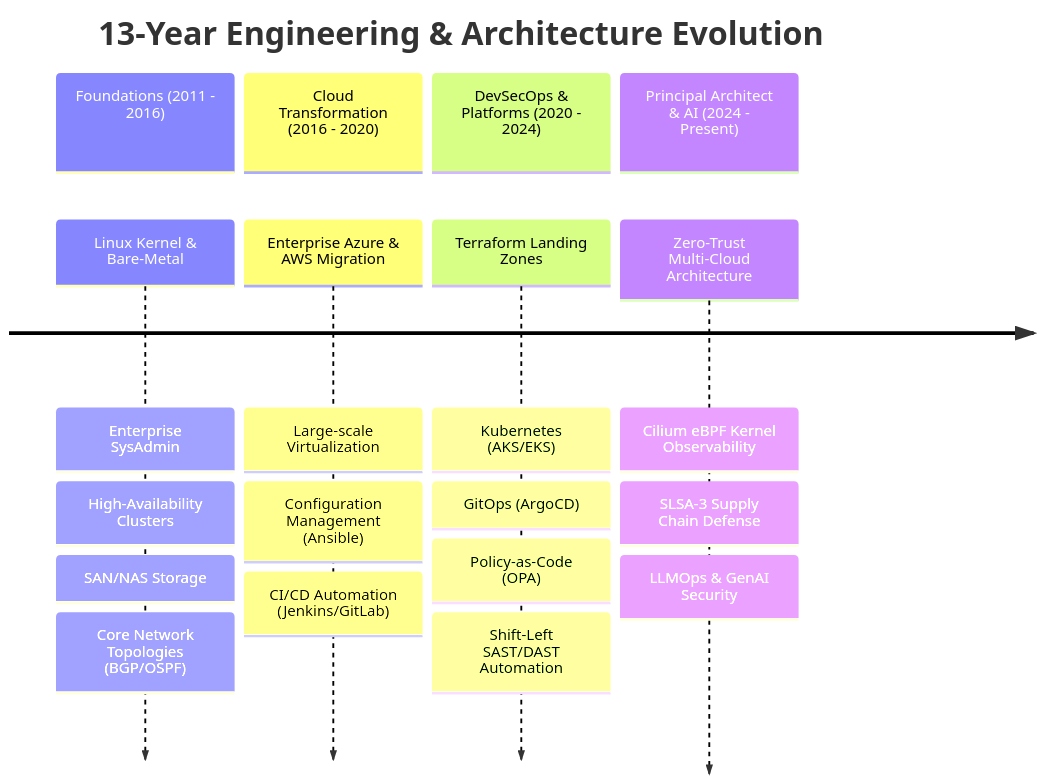
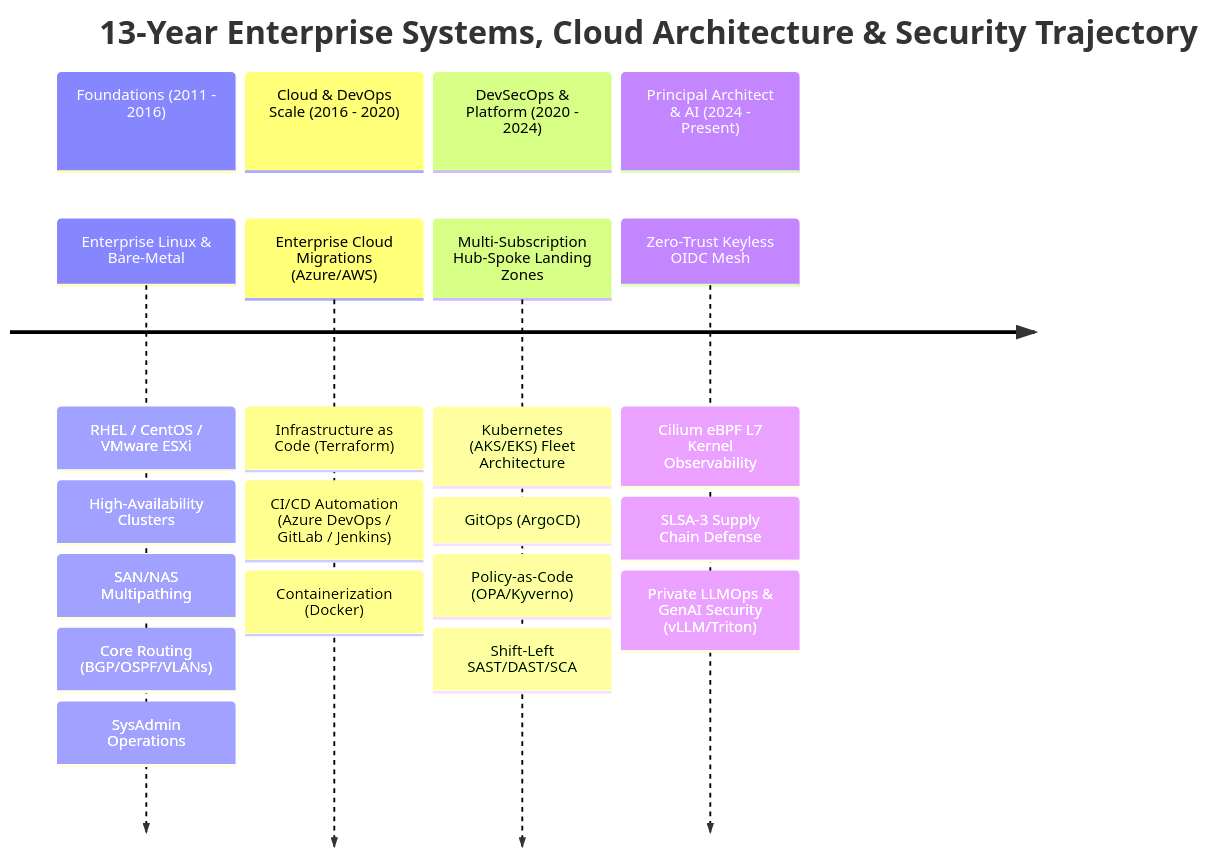
Before and after one commit to Dev-opsRahul/Dev-opsRahul: the first of 9 diagrams in README.md, drawn with Mermaid. The commit also changed other lines of this file, not shown here.

````diff
--- a/README.md
+++ b/README.md
@@ -47,12 +62,12 @@
 ```mermaid
 timeline
-    title 13-Year Engineering & Architecture Evolution
+    title 13-Year Enterprise Systems, Cloud Architecture & Security Trajectory
     section Foundations (2011 - 2016)
-        Linux Kernel & Bare-Metal : Enterprise SysAdmin : High-Availability Clusters : SAN/NAS Storage : Core Network Topologies (BGP/OSPF)
-    section Cloud Transformation (2016 - 2020)
-        Enterprise Azure & AWS Migration : Large-scale Virtualization : Configuration Management (Ansible) : CI/CD Automation (Jenkins/GitLab)
-    section DevSecOps & Platforms (2020 - 2024)
-        Terraform Landing Zones : Kubernetes (AKS/EKS) : GitOps (ArgoCD) : Policy-as-Code (OPA) : Shift-Left SAST/DAST Automation
+        Enterprise Linux & Bare-Metal : RHEL / CentOS / VMware ESXi : High-Availability Clusters : SAN/NAS Multipathing : Core Routing (BGP/OSPF/VLANs) : SysAdmin Operations
+    section Cloud & DevOps Scale (2016 - 2020)
+        Enterprise Cloud Migrations (Azure/AWS) : Infrastructure as Code (Terraform) : CI/CD Automation (Azure DevOps / GitLab / Jenkins) : Containerization (Docker)
+    section DevSecOps & Platform (2020 - 2024)
+        Multi-Subscription Hub-Spoke Landing Zones : Kubernetes (AKS/EKS) Fleet Architecture : GitOps (ArgoCD) : Policy-as-Code (OPA/Kyverno) : Shift-Left SAST/DAST/SCA
     section Principal Architect & AI (2024 - Present)
-        Zero-Trust Multi-Cloud Architecture : Cilium eBPF Kernel Observability : SLSA-3 Supply Chain Defense : LLMOps & GenAI Security
+        Zero-Trust Keyless OIDC Mesh : Cilium eBPF L7 Kernel Observability : SLSA-3 Supply Chain Defense : Private LLMOps & GenAI Security (vLLM/Triton)
 ```
````
